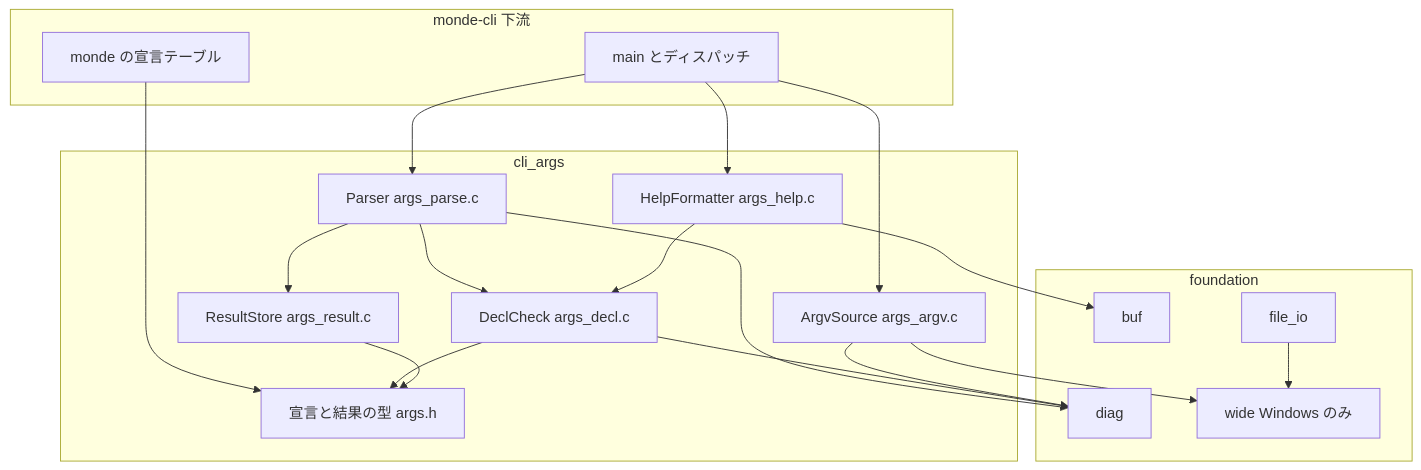
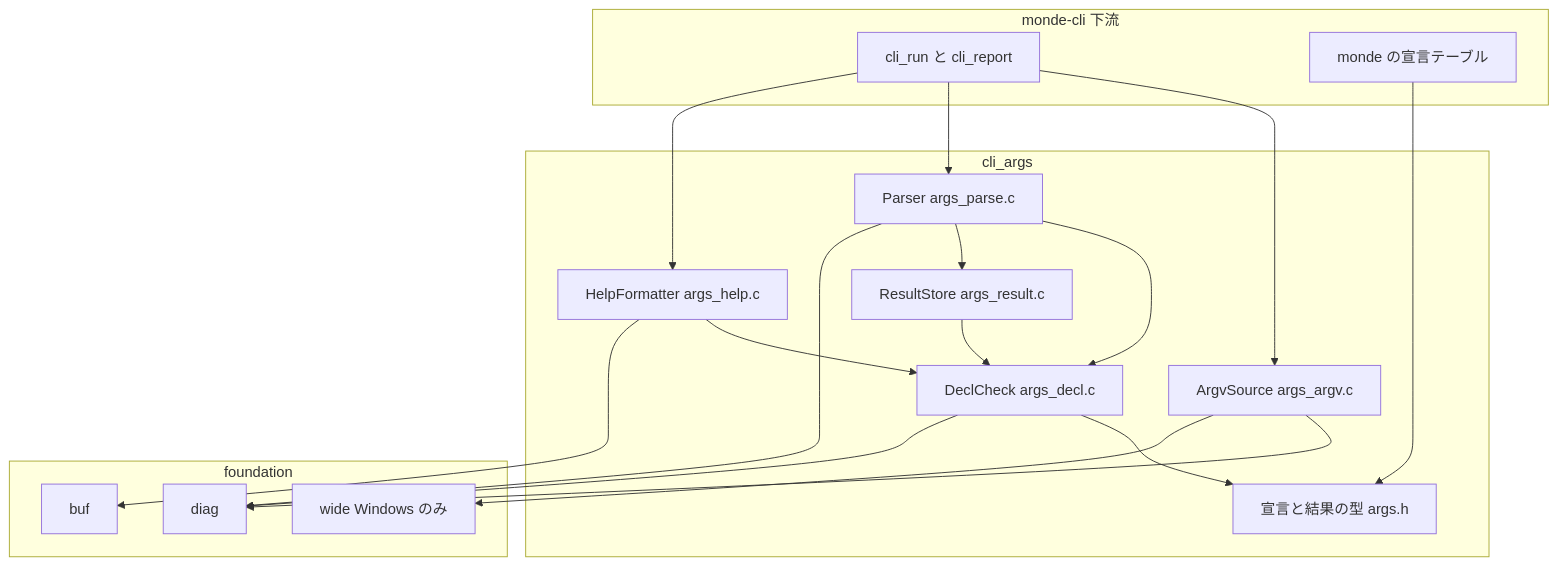
One commit to ktdevx/monde-private changed the first of 5 diagrams in .kiro/specs/cli-args/design.md. Above: the diagram before and after it, drawn with Mermaid. The commit also changed other lines of this file and 3 other files, not shown here.

````diff
--- a/.kiro/specs/cli-args/design.md
+++ b/.kiro/specs/cli-args/design.md
@@ -63,36 +81,34 @@
 ```mermaid
 graph TB
     subgraph monde_cli[monde-cli 下流]
-        Main[main とディスパッチ]
+        Run[cli_run と cli_report]
         Decl[monde の宣言テーブル]
     end
     subgraph cli_args[cli_args]
         Argv[ArgvSource args_argv.c]
         Parser[Parser args_parse.c]
         Check[DeclCheck args_decl.c]
         Result[ResultStore args_result.c]
         Help[HelpFormatter args_help.c]
         Types[宣言と結果の型 args.h]
     end
     subgraph foundation[foundation]
         Buf[buf]
         Diag[diag]
         Wide[wide Windows のみ]
-        FileIo[file_io]
     end
-    Main --> Argv
-    Main --> Parser
-    Main --> Help
+    Run --> Argv
+    Run --> Parser
+    Run --> Help
     Decl --> Types
     Parser --> Check
     Parser --> Result
+    Result --> Check
     Help --> Check
     Check --> Types
-    Result --> Types
     Parser --> Diag
     Check --> Diag
     Argv --> Diag
     Argv --> Wide
-    FileIo --> Wide
     Help --> Buf
 ```
````
